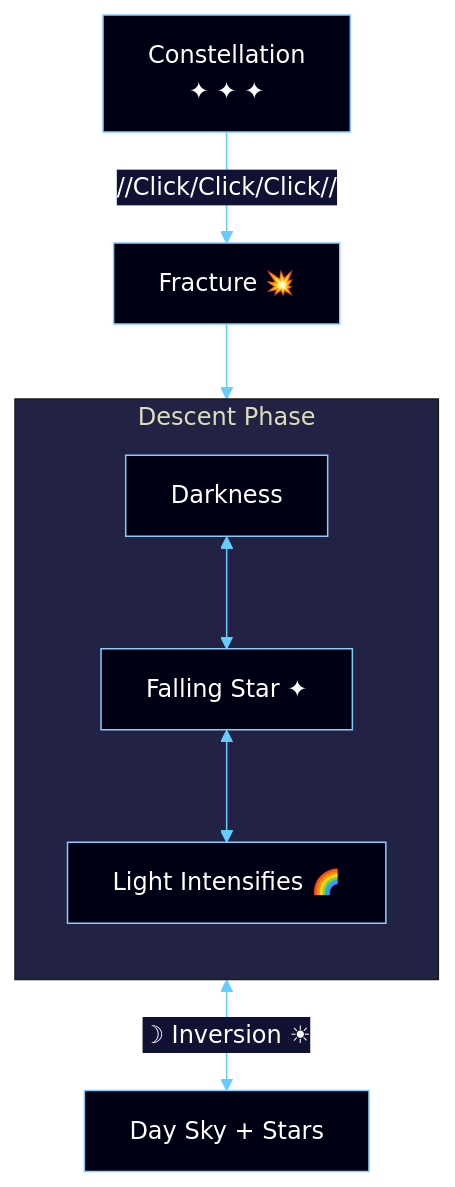
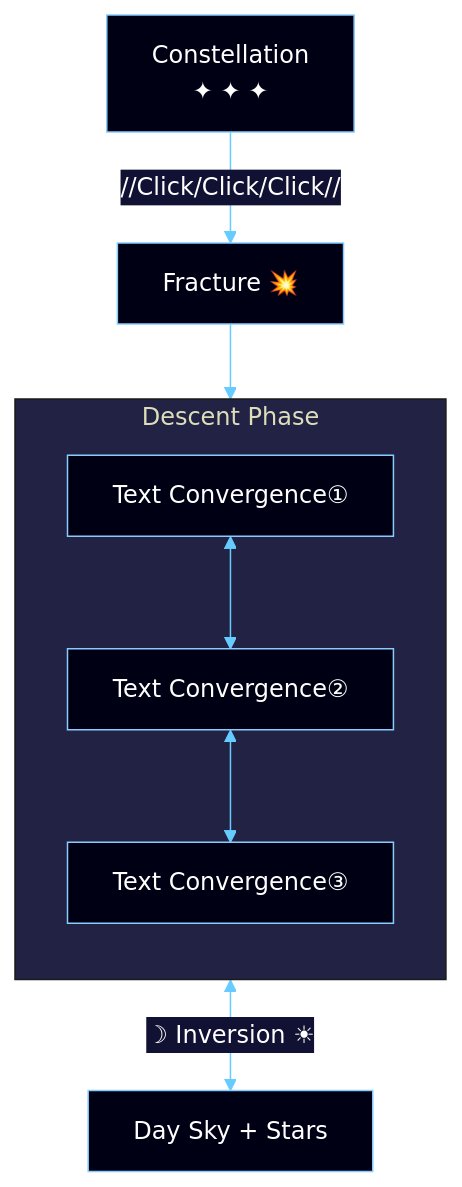
The diagram in README.md (Yanagisawa-Noriko/constellation-fall), drawn with Mermaid before and after one commit.

Commit message:
Update descent phase labels in README.md

````diff
--- a/README.md
+++ b/README.md
@@ -1,29 +1,29 @@
 ```mermaid
 %%{
   init:{
     'theme':'base',
     'themeVariables': {
       'primaryColor': '#000014',
       'primaryTextColor': '#ffffff',
       'primaryBorderColor': '#88ccff',
       'lineColor': '#66ccff',
       'secondaryColor': '#111133',
       'tertiaryColor': '#222244'
     }
   }
 }%%
 flowchart TD
 
 A["Constellation<br>✦ ✦ ✦"] -- //Click/Click/Click// --> C["Fracture 💥"]
 
 subgraph descent["Descent Phase"]
 direction TB
-D["Darkness"]
-E["Falling Star ✦"]
-F["Light Intensifies 🌈"]
+D["Text Convergence①"]
+E["Text Convergence②"]
+F["Text Convergence③"]
 D <--> E <--> F
 end
 
 C --> D
 F <-- ☽ Inversion ☀ --> H["Day Sky + Stars"]
 ```
````
